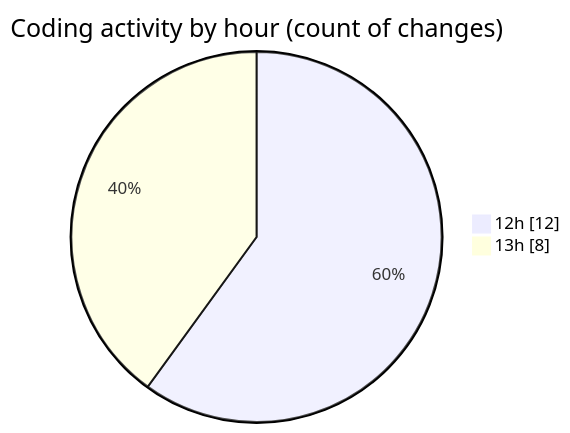
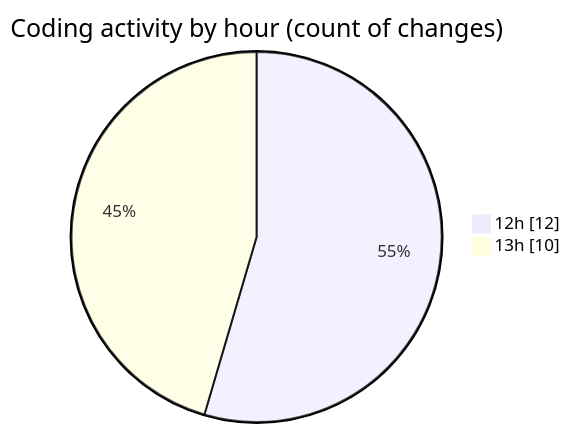
The second of 2 diagrams in 2025-06-09/androidsumapp/README.md (CELIANVF/code-tracking), drawn with Mermaid before and after one commit. The commit also changed other lines of this file and 1 other file, not shown here.

````diff
--- a/2025-06-09/androidsumapp/README.md
+++ b/2025-06-09/androidsumapp/README.md
@@ -33,6 +34,6 @@
 ```mermaid
 pie showData
 title Coding activity by hour (count of changes)
 "12h" : 12
-"13h" : 8
+"13h" : 10
 ```
````
